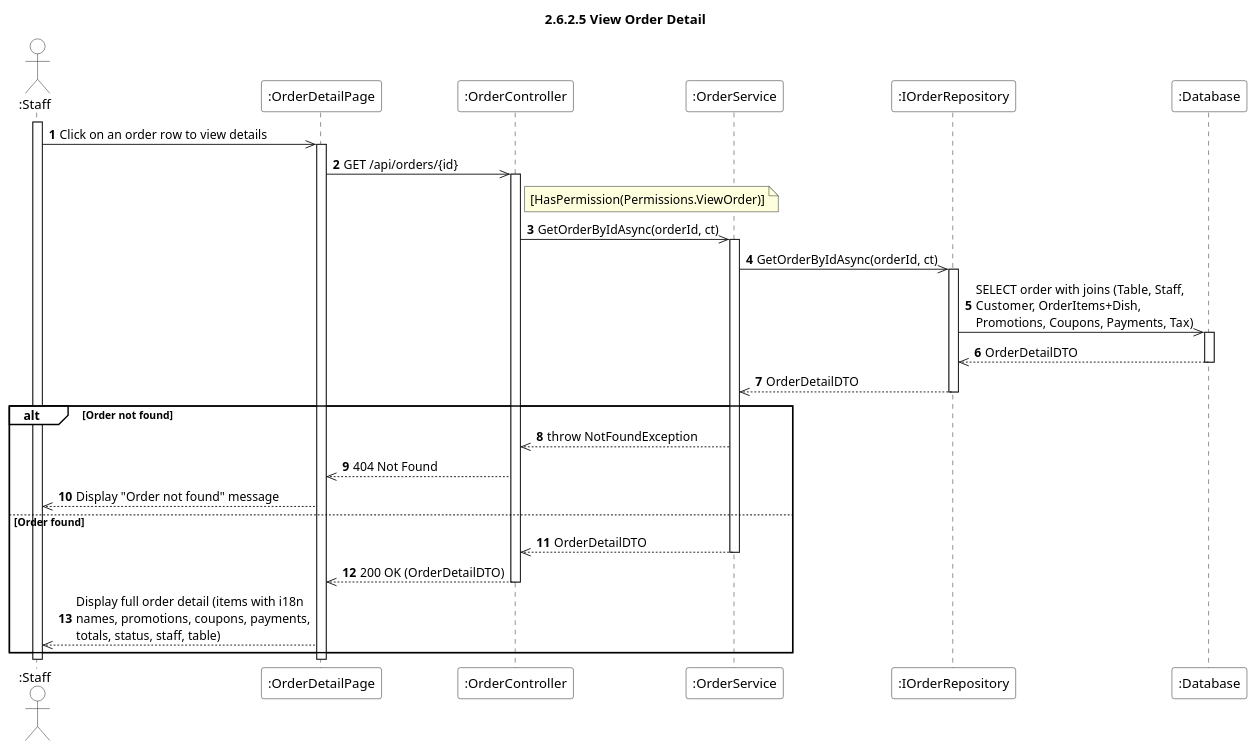
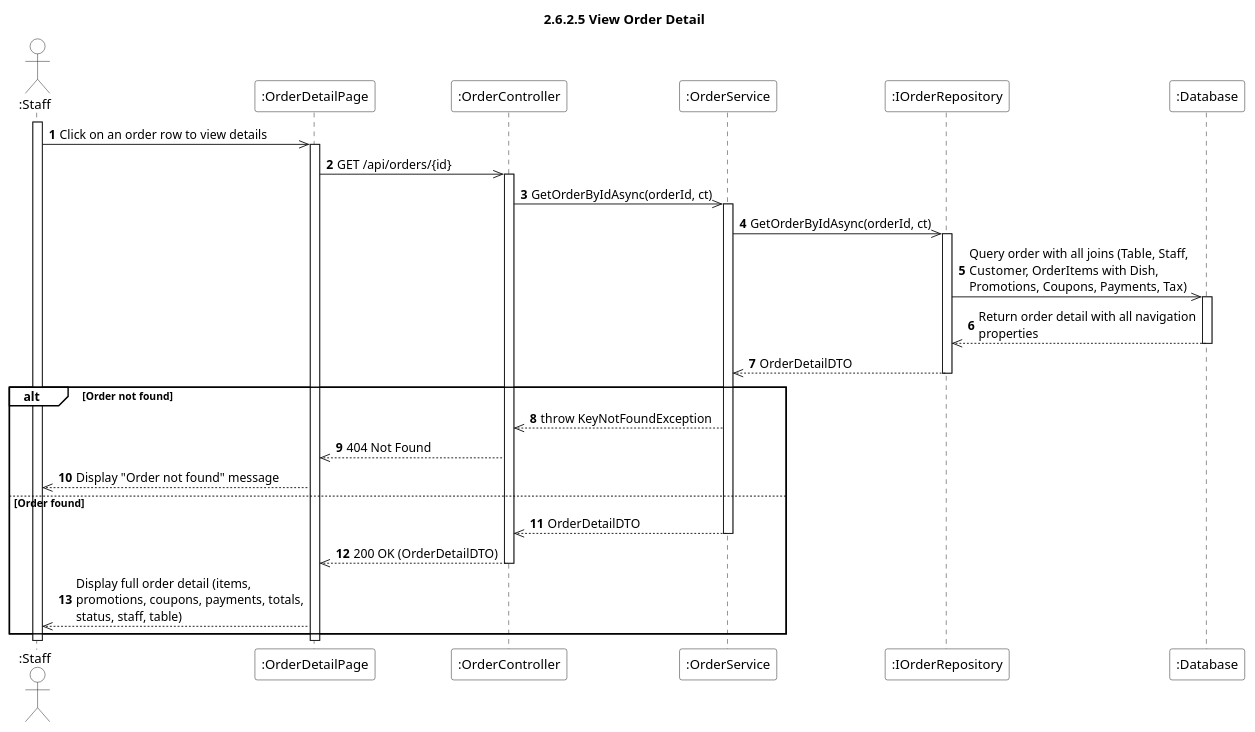
The diagram in Docs/Software Design Specification/Order Management/sequence-diagrams/2.6.2.5-view-order-detail.puml (aulacvietnameseeatery-source/aulac_be), drawn with PlantUML before and after one commit. The commit also changed 21 other files, not shown here.

```diff
--- a/Docs/Software Design Specification/Order Management/sequence-diagrams/2.6.2.5-view-order-detail.puml
+++ b/Docs/Software Design Specification/Order Management/sequence-diagrams/2.6.2.5-view-order-detail.puml
@@ -1,58 +1,56 @@
 @startuml
 title 2.6.2.5 View Order Detail
 
 skinparam maxMessageSize 250
 skinparam sequence {
     ParticipantBackgroundColor #ffffff
     ActorBackgroundColor #ffffff
 }
 
 autonumber
 
 actor ":Staff" as U
 participant ":OrderDetailPage" as Client
 participant ":OrderController" as Ctrl
 participant ":OrderService" as Svc
 participant ":IOrderRepository" as OrderRepo
 participant ":Database" as DB
 
 activate U
 
 U ->> Client : Click on an order row to view details
 activate Client
 
 Client ->> Ctrl : GET /api/orders/{id}
 activate Ctrl
 
-note right of Ctrl : [HasPermission(Permissions.ViewOrder)]
-
 Ctrl ->> Svc : GetOrderByIdAsync(orderId, ct)
 activate Svc
 
 Svc ->> OrderRepo : GetOrderByIdAsync(orderId, ct)
 activate OrderRepo
-OrderRepo ->> DB : SELECT order with joins (Table, Staff, Customer, OrderItems+Dish, Promotions, Coupons, Payments, Tax)
+OrderRepo ->> DB : Query order with all joins (Table, Staff, Customer, OrderItems with Dish, Promotions, Coupons, Payments, Tax)
 activate DB
-DB -->> OrderRepo : OrderDetailDTO
+DB -->> OrderRepo : Return order detail with all navigation properties
 deactivate DB
 OrderRepo -->> Svc : OrderDetailDTO
 deactivate OrderRepo
 
 alt#White Order not found
-    Svc -->> Ctrl : throw NotFoundException
+    Svc -->> Ctrl : throw KeyNotFoundException
     Ctrl -->> Client : 404 Not Found
     Client -->> U : Display "Order not found" message
 else Order found
     Svc -->> Ctrl : OrderDetailDTO
     deactivate Svc
 
     Ctrl -->> Client : 200 OK (OrderDetailDTO)
     deactivate Ctrl
 
-    Client -->> U : Display full order detail (items with i18n names, promotions, coupons, payments, totals, status, staff, table)
+    Client -->> U : Display full order detail (items, promotions, coupons, payments, totals, status, staff, table)
 end
 
 deactivate Client
 deactivate U
 
 @enduml
```
